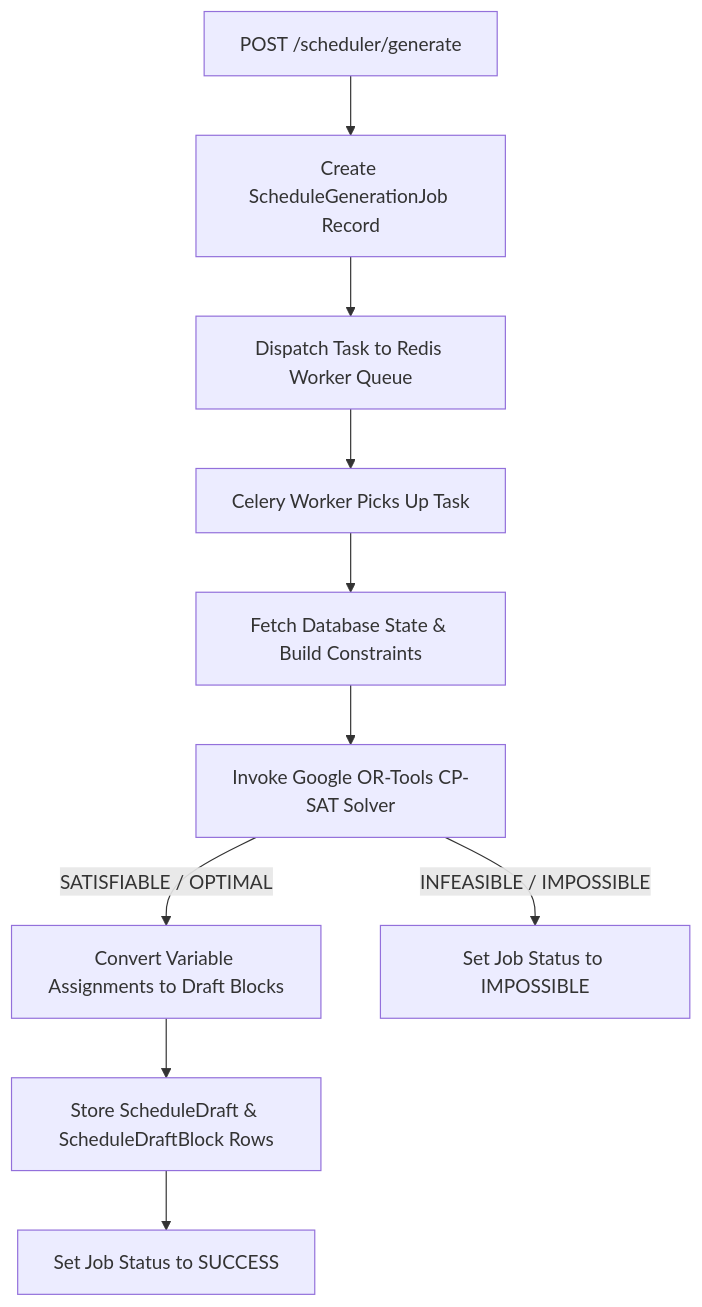
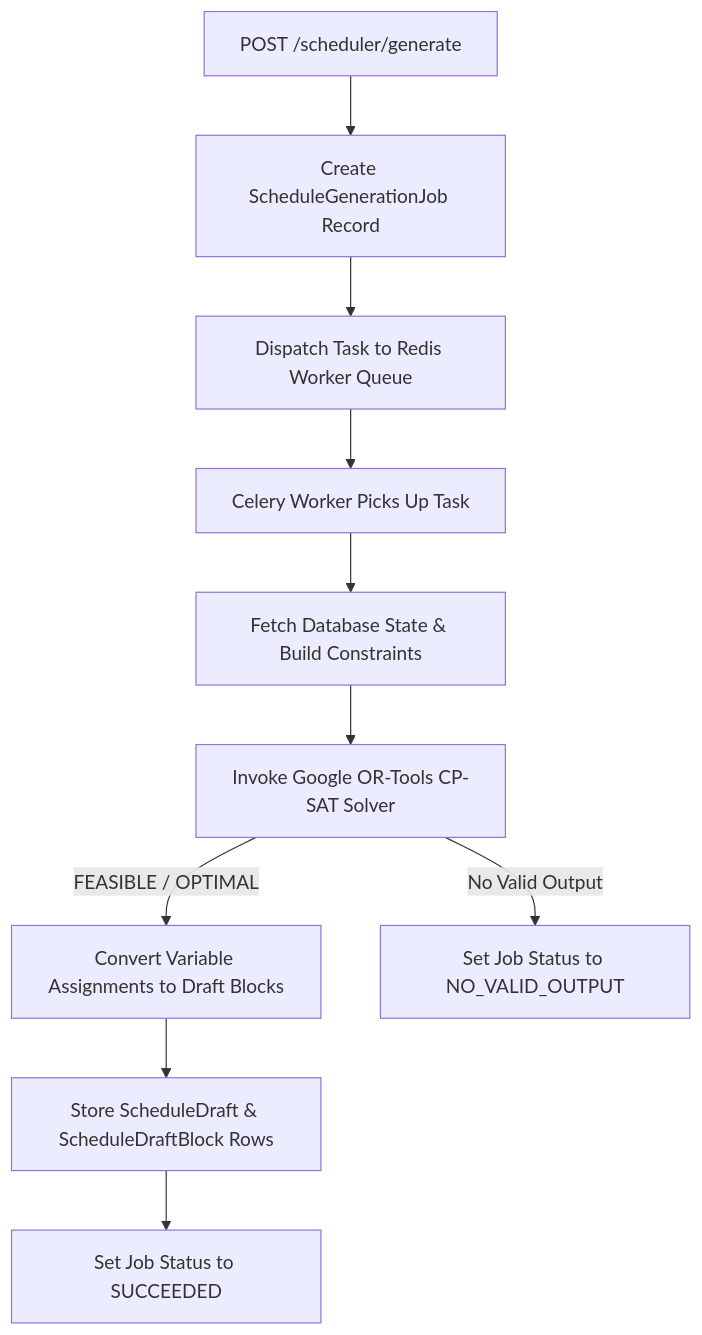
Before and after one commit to ORIOP25/Cronos: the diagram in documentation/03_scheduler_engine/SCHEDULER_ARCHITECTURE.md, drawn with Mermaid. The commit also changed other lines of this file and 35 other files, not shown here.

````diff
--- a/documentation/03_scheduler_engine/SCHEDULER_ARCHITECTURE.md
+++ b/documentation/03_scheduler_engine/SCHEDULER_ARCHITECTURE.md
@@ -17,12 +17,12 @@
 ```mermaid
 flowchart TD
     A[POST /scheduler/generate] --> B[Create ScheduleGenerationJob Record]
     B --> C[Dispatch Task to Redis Worker Queue]
     C --> D[Celery Worker Picks Up Task]
     D --> E[Fetch Database State & Build Constraints]
     E --> F[Invoke Google OR-Tools CP-SAT Solver]
-    F -->|SATISFIABLE / OPTIMAL| G[Convert Variable Assignments to Draft Blocks]
-    F -->|INFEASIBLE / IMPOSSIBLE| H[Set Job Status to IMPOSSIBLE]
+    F -->|FEASIBLE / OPTIMAL| G[Convert Variable Assignments to Draft Blocks]
+    F -->|No Valid Output| H[Set Job Status to NO_VALID_OUTPUT]
     G --> I[Store ScheduleDraft & ScheduleDraftBlock Rows]
-    I --> J[Set Job Status to SUCCESS]
+    I --> J[Set Job Status to SUCCEEDED]
 ```
````
